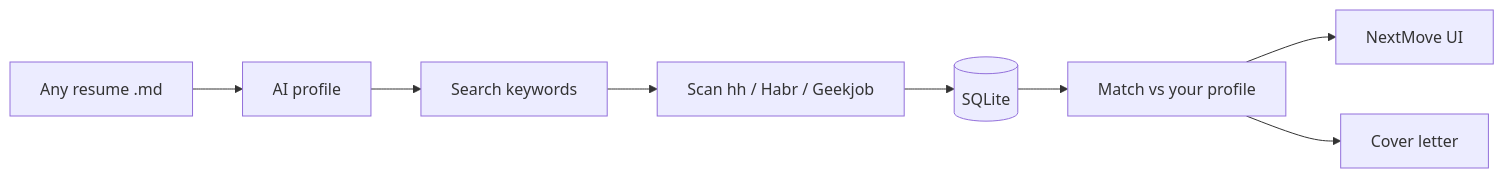
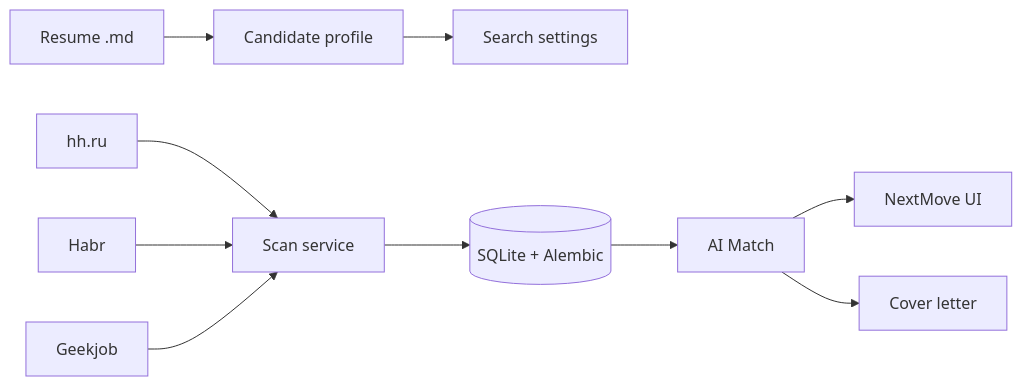
Before and after one commit to addito-5G/job-scout: the diagram in README.md, drawn with Mermaid. The commit also changed 1 other file, not shown here.

Commit message:
Restore the previous mermaid flowchart in README files.
Revert to the multi-source scan diagram with search settings and SQLite/Alembic node.

````diff
--- a/README.md
+++ b/README.md
@@ -70,10 +70,12 @@
 ```mermaid
 flowchart LR
-    R[Any resume .md] --> P[AI profile]
-    P --> K[Search keywords]
-    K --> SC[Scan hh / Habr / Geekjob]
-    SC --> DB[(SQLite)]
-    DB --> M[Match vs your profile]
+    R[Resume .md] --> P[Candidate profile]
+    P --> S[Search settings]
+    HH[hh.ru] --> SC[Scan service]
+    HB[Habr] --> SC
+    GJ[Geekjob] --> SC
+    SC --> DB[(SQLite + Alembic)]
+    DB --> M[AI Match]
     M --> UI[NextMove UI]
     M --> CL[Cover letter]
 ```
````
